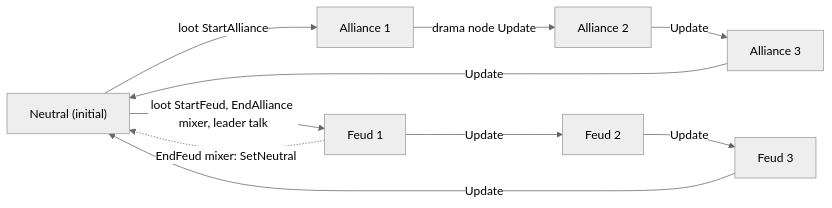
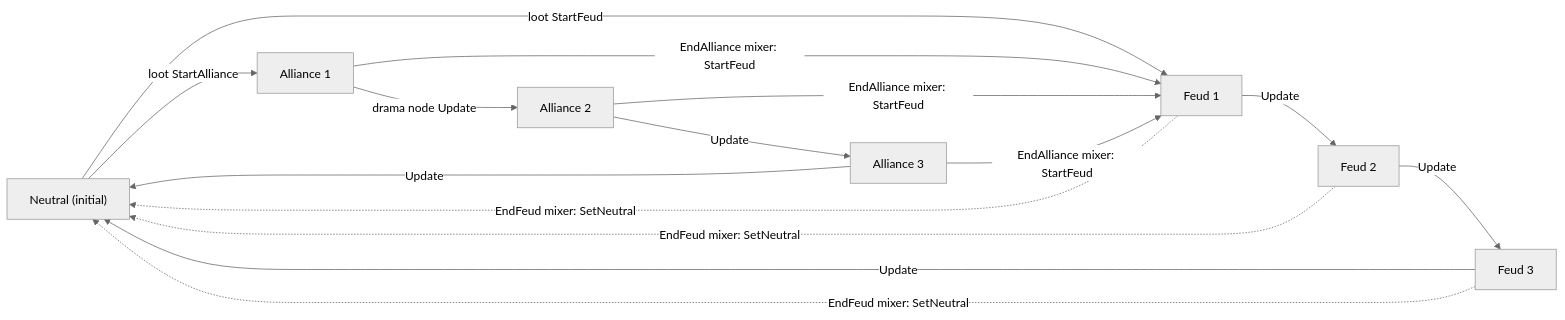
The third of 3 diagrams in src/2.07-neighbourhood-systems.md (sudo-ezekiel/how-the-sims-4-works), drawn with Mermaid (neutral theme) before and after one commit. The commit also changed other lines of this file and 60 other files, not shown here.

````diff
--- a/src/2.07-neighbourhood-systems.md
+++ b/src/2.07-neighbourhood-systems.md
@@ -273,8 +289,9 @@
 ```mermaid
 flowchart LR
   N["Neutral (initial)"] -->|"loot StartAlliance"| A1["Alliance 1"]
-  N -->|"loot StartFeud, EndAlliance mixer, leader talk"| F1["Feud 1"]
+  N -->|"loot StartFeud"| F1["Feud 1"]
   A1 -->|"drama node Update"| A2["Alliance 2"] -->|"Update"| A3["Alliance 3"] -->|"Update"| N
   F1 -->|"Update"| F2["Feud 2"] -->|"Update"| F3["Feud 3"] -->|"Update"| N
-  F1 -.->|"EndFeud mixer: SetNeutral"| N
+  A1 & A2 & A3 -->|"EndAlliance mixer: StartFeud"| F1
+  F1 & F2 & F3 -.->|"EndFeud mixer: SetNeutral"| N
 ```
````
